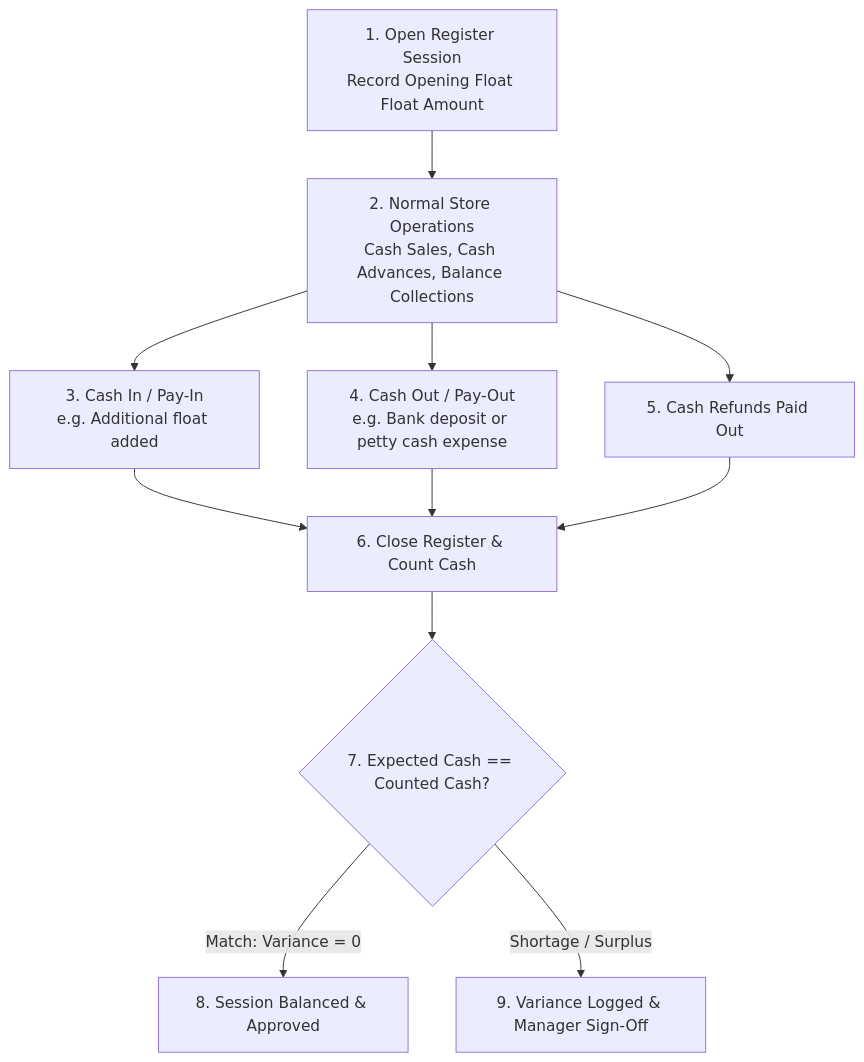
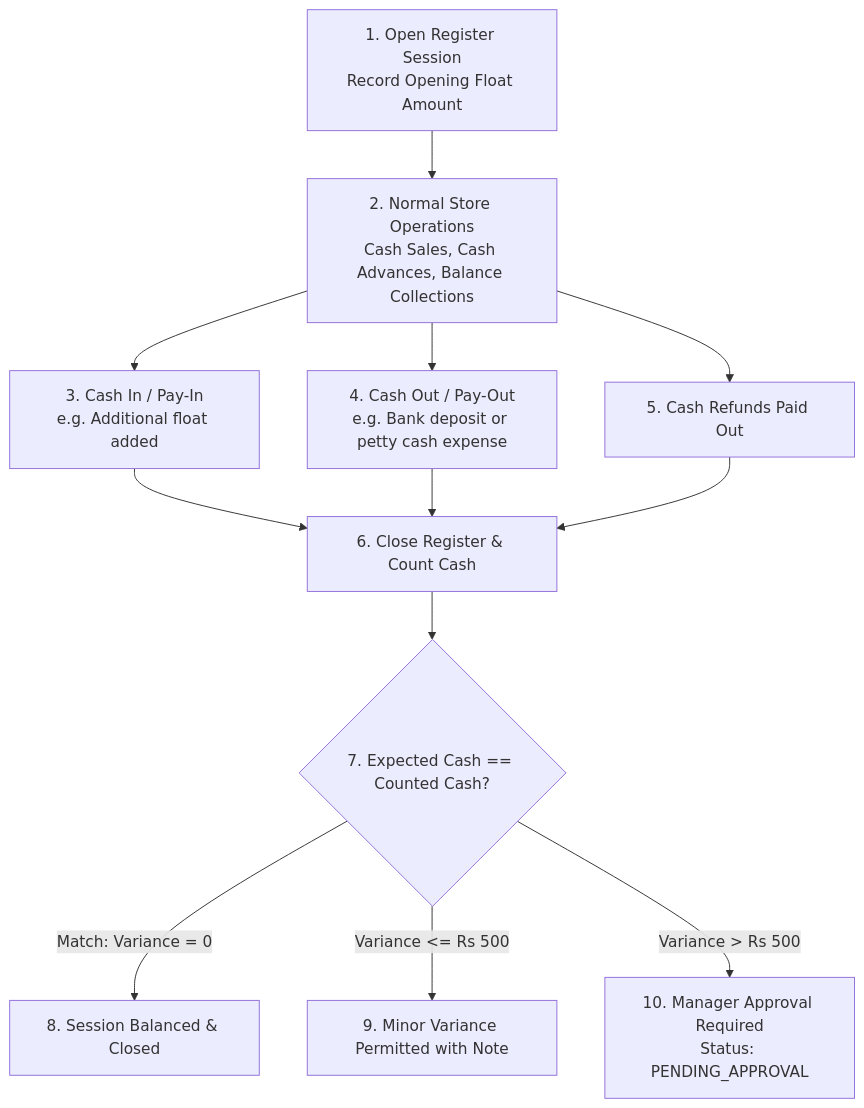
One commit to creativeshabab/superopticalV2 changed the first of 2 diagrams in docs/domain/cash-register.md. Above: the diagram before and after it, drawn with Mermaid. The commit also changed other lines of this file and 12 other files, not shown here.

````diff
--- a/docs/domain/cash-register.md
+++ b/docs/domain/cash-register.md
@@ -17,13 +18,14 @@
 ```mermaid
 graph TD
-    Open[1. Open Register Session<br/>Record Opening Float Float Amount] --> Transact[2. Normal Store Operations<br/>Cash Sales, Cash Advances, Balance Collections]
+    Open[1. Open Register Session<br/>Record Opening Float Amount] --> Transact[2. Normal Store Operations<br/>Cash Sales, Cash Advances, Balance Collections]
     Transact --> MiscIn[3. Cash In / Pay-In<br/>e.g. Additional float added]
     Transact --> MiscOut[4. Cash Out / Pay-Out<br/>e.g. Bank deposit or petty cash expense]
     Transact --> Refund[5. Cash Refunds Paid Out]
     MiscIn --> Close[6. Close Register & Count Cash]
     MiscOut --> Close
     Refund --> Close
     Close --> Compare{7. Expected Cash == Counted Cash?}
-    Compare -->|Match: Variance = 0| Balanced[8. Session Balanced & Approved]
-    Compare -->|Shortage / Surplus| Variance[9. Variance Logged & Manager Sign-Off]
+    Compare -->|Match: Variance = 0| Balanced[8. Session Balanced & Closed]
+    Compare -->|Variance <= Rs 500| Permitted[9. Minor Variance Permitted with Note]
+    Compare -->|Variance > Rs 500| Escalated[10. Manager Approval Required<br/>Status: PENDING_APPROVAL]
 ```
````
